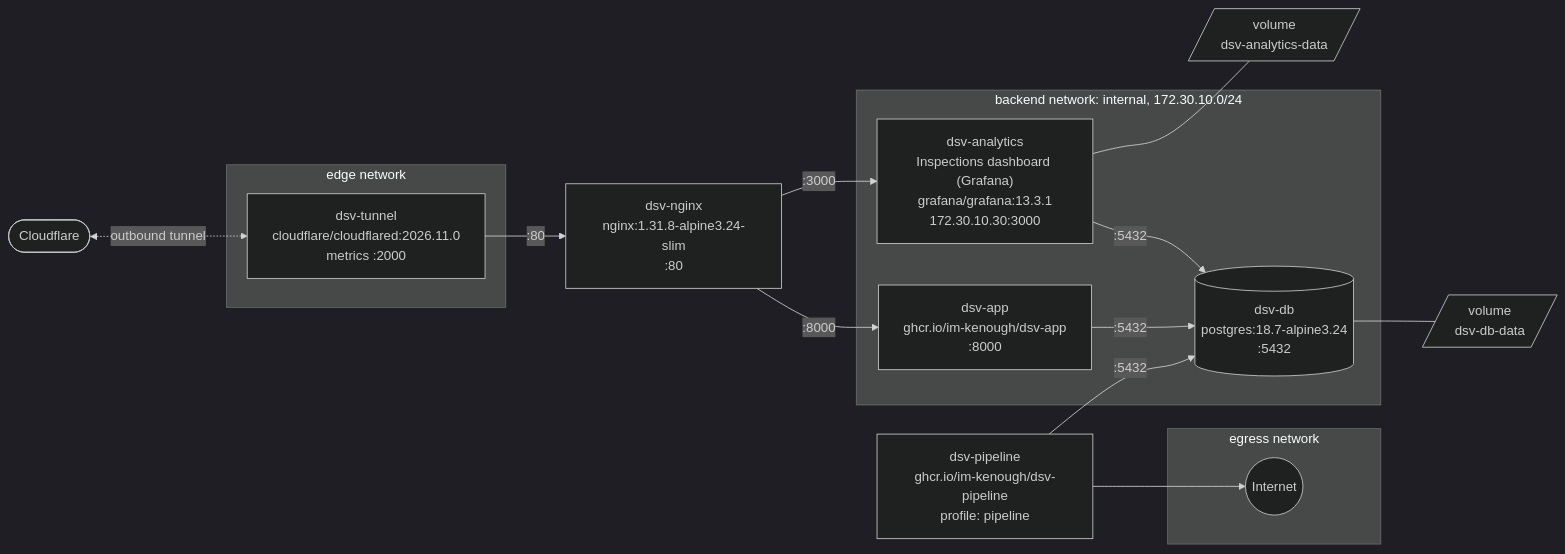
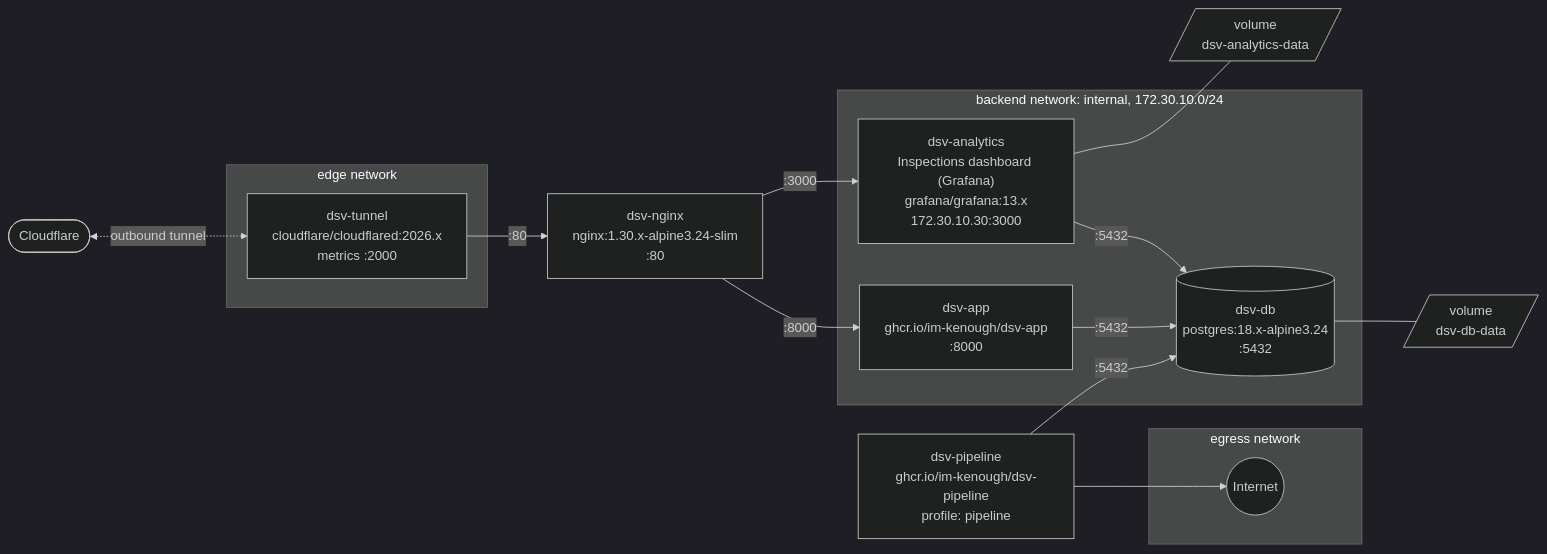
One commit to im-kenough/DineSafeViz changed the second of 2 diagrams in docs-new/ref/2-app-architecture.md. Above: the diagram before and after it, drawn with Mermaid (dark theme). The commit also changed other lines of this file and 6 other files, not shown here.

````diff
--- a/docs-new/ref/2-app-architecture.md
+++ b/docs-new/ref/2-app-architecture.md
@@ -73,35 +75,35 @@
 ```mermaid
 flowchart LR
     cf([Cloudflare]) <-. "outbound tunnel" .-> tunnel
 
     subgraph edge["edge network"]
-        tunnel["dsv-tunnel<br/>cloudflare/cloudflared:2026.11.0<br/>metrics :2000"]
+        tunnel["dsv-tunnel<br/>cloudflare/cloudflared:2026.x<br/>metrics :2000"]
     end
 
-    nginx["dsv-nginx<br/>nginx:1.31.8-alpine3.24-slim<br/>:80"]
+    nginx["dsv-nginx<br/>nginx:1.30.x-alpine3.24-slim<br/>:80"]
 
     subgraph backend["backend network: internal, 172.30.10.0/24"]
         app["dsv-app<br/>ghcr.io/im-kenough/dsv-app<br/>:8000"]
-        analytics["dsv-analytics<br/>Inspections dashboard (Grafana)<br/>grafana/grafana:13.3.1<br/>172.30.10.30:3000"]
-        db[("dsv-db<br/>postgres:18.7-alpine3.24<br/>:5432")]
+        analytics["dsv-analytics<br/>Inspections dashboard (Grafana)<br/>grafana/grafana:13.x<br/>172.30.10.30:3000"]
+        db[("dsv-db<br/>postgres:18.x-alpine3.24<br/>:5432")]
     end
 
     pipeline["dsv-pipeline<br/>ghcr.io/im-kenough/dsv-pipeline<br/>profile: pipeline"]
 
     subgraph egress["egress network"]
         internet((Internet))
     end
 
     dbvol[/"volume<br/>dsv-db-data"/]
     gvol[/"volume<br/>dsv-analytics-data"/]
 
     tunnel -- ":80" --> nginx
     nginx -- ":8000" --> app
     nginx -- ":3000" --> analytics
     app -- ":5432" --> db
     analytics -- ":5432" --> db
     pipeline -- ":5432" --> db
     pipeline --> internet
     db --- dbvol
     analytics --- gvol
 ```
````
